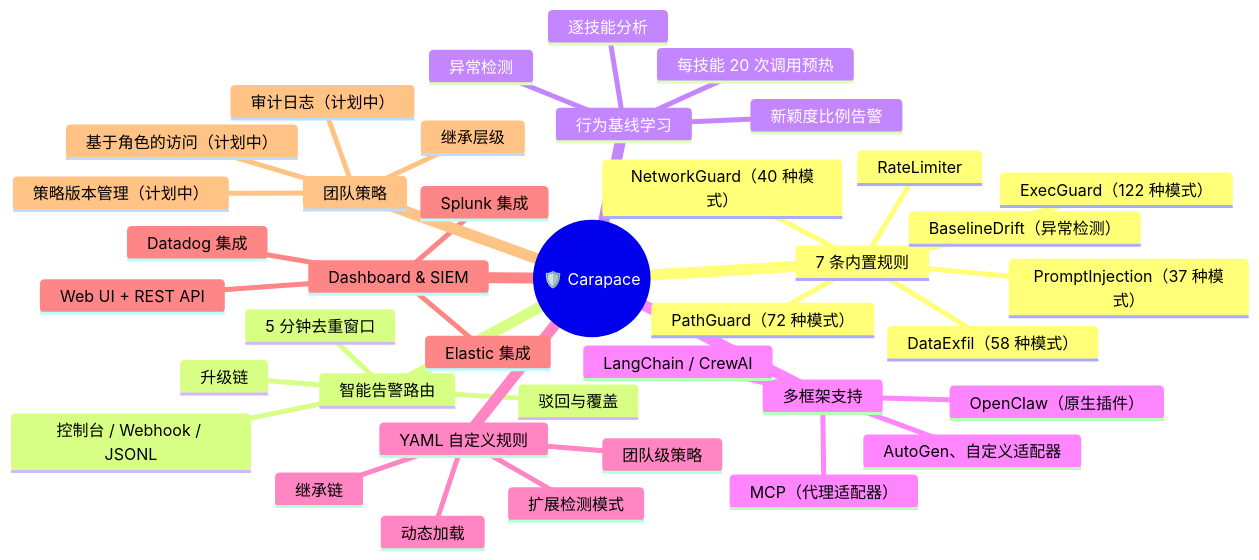
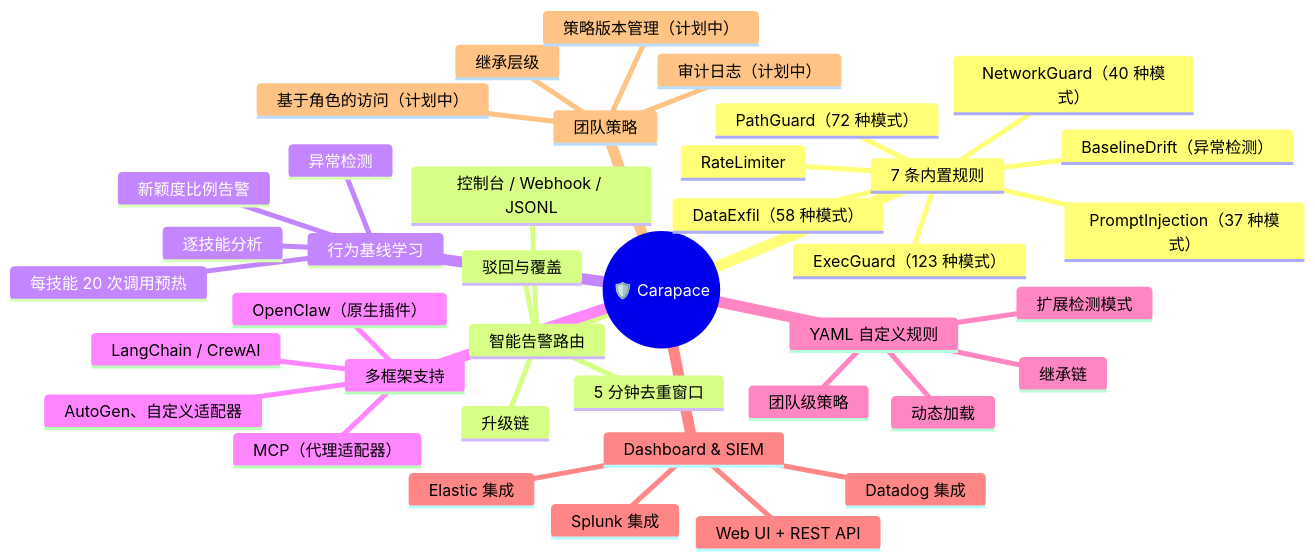
One commit to yeasy/carapace changed the first of 4 diagrams in README.zh-CN.md. Above: the diagram before and after it, drawn with Mermaid. The commit also changed other lines of this file and 3 other files, not shown here.

````diff
--- a/README.zh-CN.md
+++ b/README.zh-CN.md
@@ -70,42 +70,42 @@
 ```mermaid
 mindmap
   root((🛡️ Carapace))
     7 条内置规则
-      ExecGuard（122 种模式）
+      ExecGuard（123 种模式）
       PathGuard（72 种模式）
       NetworkGuard（40 种模式）
       RateLimiter
       PromptInjection（37 种模式）
       DataExfil（58 种模式）
       BaselineDrift（异常检测）
     智能告警路由
       5 分钟去重窗口
       升级链
       驳回与覆盖
       控制台 / Webhook / JSONL
     行为基线学习
       每技能 20 次调用预热
       逐技能分析
       异常检测
       新颖度比例告警
     多框架支持
       OpenClaw（原生插件）
       MCP（代理适配器）
       LangChain / CrewAI
       AutoGen、自定义适配器
     YAML 自定义规则
       扩展检测模式
       团队级策略
       继承链
       动态加载
     Dashboard & SIEM
       Web UI + REST API
       Splunk 集成
       Elastic 集成
       Datadog 集成
     团队策略
       继承层级
       基于角色的访问（计划中）
       策略版本管理（计划中）
       审计日志（计划中）
 ```
````
